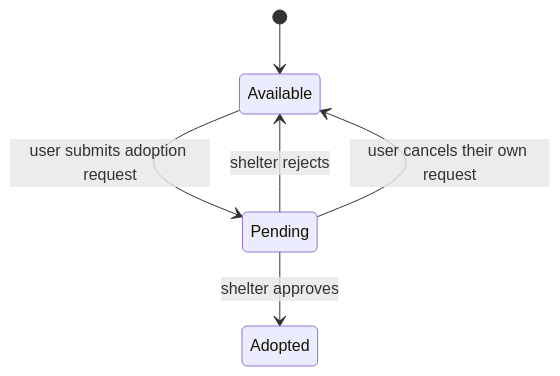
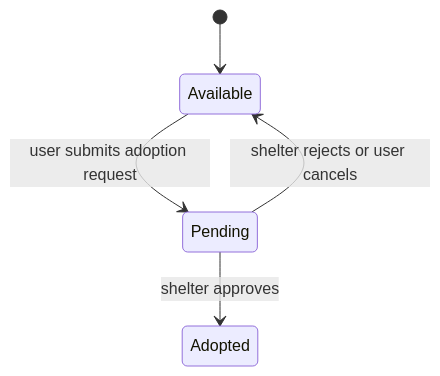
The sixth of 6 diagrams in ARCHITECTURE.md (ommundada16/pet-adoption-portal), drawn with Mermaid before and after one commit. The commit also changed other lines of this file and 2 other files, not shown here.

First line of the commit message:
Fix broken Mermaid diagram, seed demo data, and a file:// fallback

````diff
--- a/ARCHITECTURE.md
+++ b/ARCHITECTURE.md
@@ -154,8 +157,7 @@
 ```mermaid
 stateDiagram-v2
     [*] --> Available
     Available --> Pending: user submits adoption request
     Pending --> Adopted: shelter approves
-    Pending --> Available: shelter rejects
-    Pending --> Available: user cancels their own request
+    Pending --> Available: shelter rejects or user cancels
 ```
````
